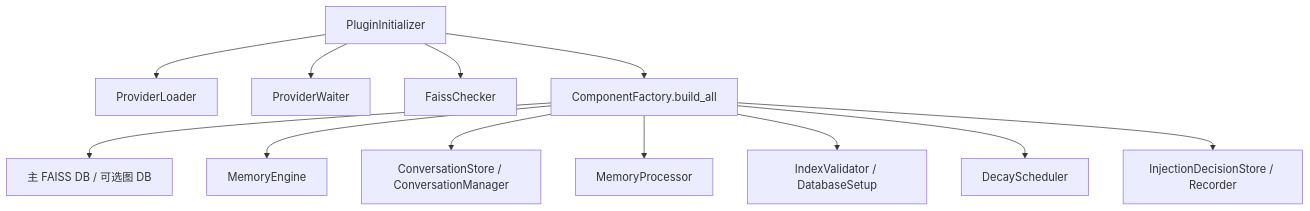
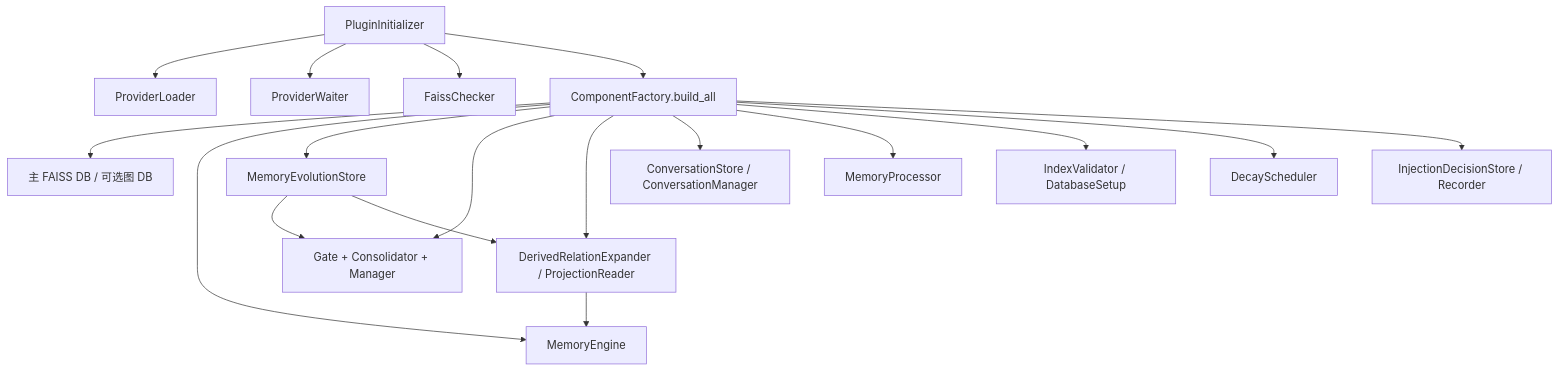
Before and after one commit to INSide-734/astrbot_plugin_memora: the diagram in core/initializer/AGENTS.md, drawn with Mermaid. The commit also changed other lines of this file and 16 other files, not shown here.

Commit message:
docs(agents): sync memory evolution and dashboard changes

````diff
--- a/core/initializer/AGENTS.md
+++ b/core/initializer/AGENTS.md
@@ -13,14 +13,20 @@
 ```mermaid
 flowchart TD
     PI[PluginInitializer] --> PL[ProviderLoader]
     PI --> PW[ProviderWaiter]
     PI --> FC[FaissChecker]
     PI --> CF[ComponentFactory.build_all]
     CF --> VDB[主 FAISS DB / 可选图 DB]
     CF --> ME[MemoryEngine]
+    CF --> MES[MemoryEvolutionStore]
+    CF --> MEM[Gate + Consolidator + Manager]
+    CF --> DR[DerivedRelationExpander / ProjectionReader]
+    MES --> MEM
+    MES --> DR
+    DR --> ME
     CF --> CS[ConversationStore / ConversationManager]
     CF --> MP[MemoryProcessor]
     CF --> IV[IndexValidator / DatabaseSetup]
     CF --> DS[DecayScheduler]
     CF --> IDS[InjectionDecisionStore / Recorder]
 ```
````
